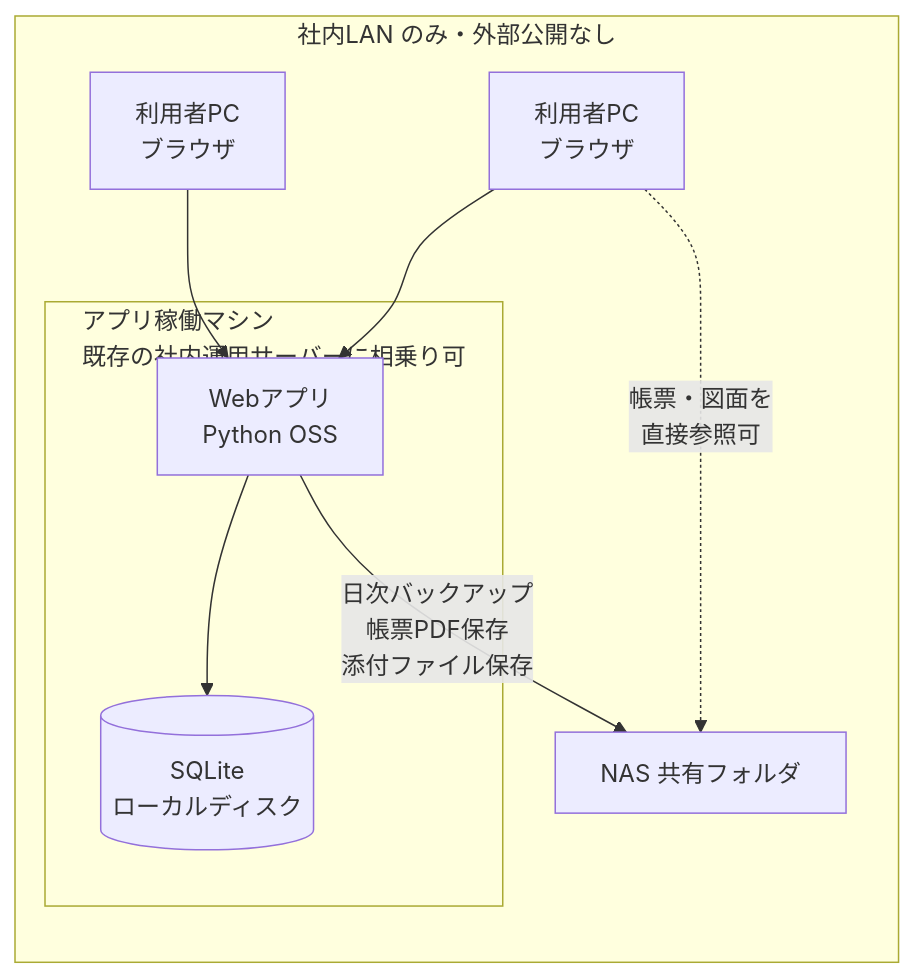
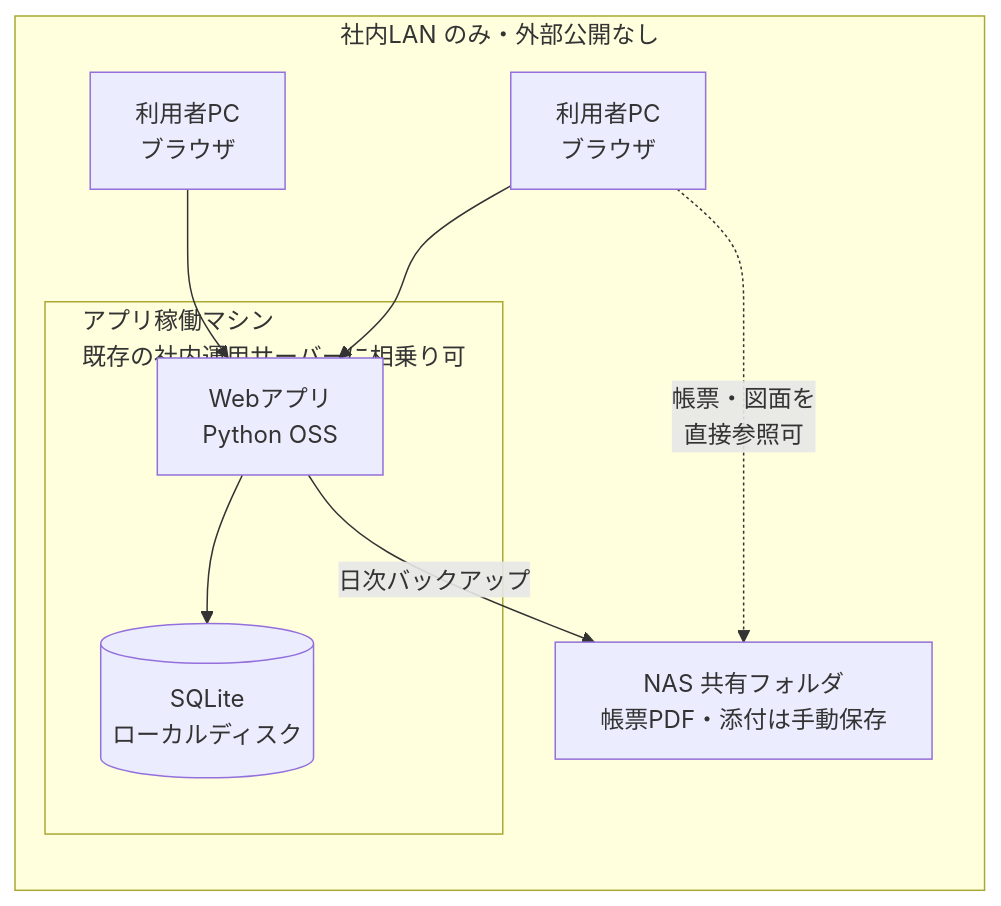
One commit to yuichi4107-lab/ClaudeCode changed the third of 3 diagrams in docs/sales_management/01_要件定義書.md. Above: the diagram before and after it, drawn with Mermaid. The commit also changed other lines of this file and 4 other files, not shown here.

````diff
--- a/docs/sales_management/01_要件定義書.md
+++ b/docs/sales_management/01_要件定義書.md
@@ -245,12 +246,12 @@
 ```mermaid
 flowchart LR
     subgraph LAN[社内LAN のみ・外部公開なし]
         PC1[利用者PC<br>ブラウザ] --> APP
         PC2[利用者PC<br>ブラウザ] --> APP
         subgraph SRV[アプリ稼働マシン<br>既存の社内運用サーバーに相乗り可]
             APP[Webアプリ<br>Python OSS] --> DB[(SQLite<br>ローカルディスク)]
         end
-        APP -->|日次バックアップ<br>帳票PDF保存<br>添付ファイル保存| NAS[NAS 共有フォルダ]
+        APP -->|日次バックアップ| NAS[NAS 共有フォルダ<br>帳票PDF・添付は手動保存]
         PC1 -.->|帳票・図面を<br>直接参照可| NAS
     end
 ```
````
